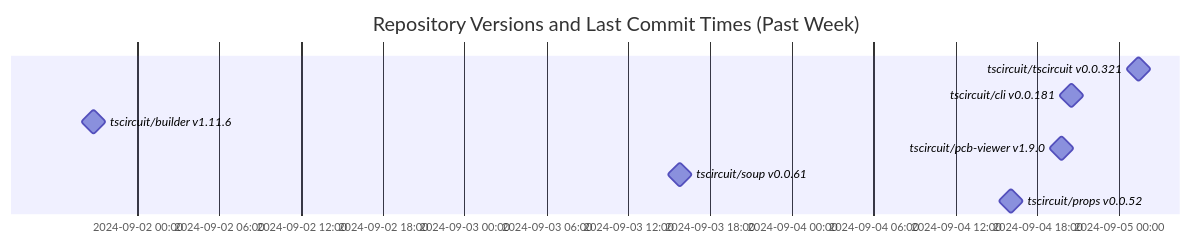
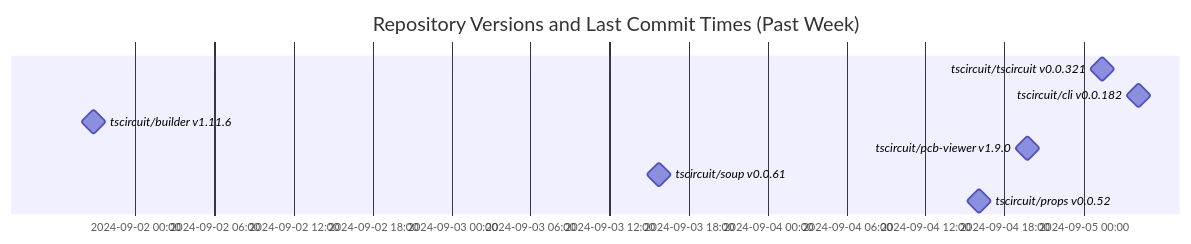
The diagram in README.md (tscircuit/version-tracker), drawn with Mermaid before and after one commit.

Commit message:
Update chart

````diff
--- a/README.md
+++ b/README.md
@@ -1,13 +1,13 @@
 ```mermaid
 gantt
   dateFormat  YYYY-MM-DD HH:mm:ss
   title Repository Versions and Last Commit Times (Past Week)
   axisFormat %Y-%m-%d %H:%M
 
   tscircuit/tscircuit v0.0.321 : milestone, 2024-09-05 01:24:51, 1s
-  tscircuit/cli v0.0.181 : milestone, 2024-09-04 20:28:40, 1s
+  tscircuit/cli v0.0.182 : milestone, 2024-09-05 04:10:53, 1s
   tscircuit/builder v1.11.6 : milestone, 2024-09-01 20:47:46, 1s
   tscircuit/pcb-viewer v1.9.0 : milestone, 2024-09-04 19:45:38, 1s
   tscircuit/soup v0.0.61 : milestone, 2024-09-03 15:44:43, 1s
   tscircuit/props v0.0.52 : milestone, 2024-09-04 16:05:55, 1s
 ```
````
